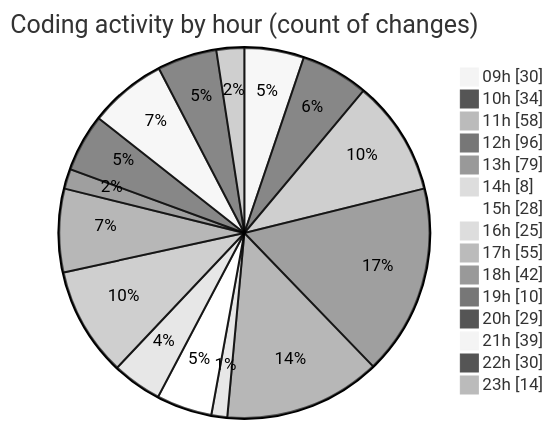
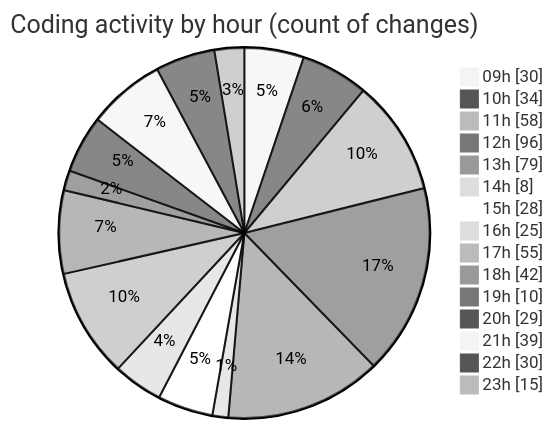
One commit to momahboobian/code-tracking changed the second of 2 diagrams in 2025-04-02/cda/README.md. Above: the diagram before and after it, drawn with Mermaid (neutral theme). The commit also changed other lines of this file and 1 other file, not shown here.

````diff
--- a/2025-04-02/cda/README.md
+++ b/2025-04-02/cda/README.md
@@ -40,19 +40,19 @@
 ```mermaid
 pie showData
 title Coding activity by hour (count of changes)
 "09h" : 30
 "10h" : 34
 "11h" : 58
 "12h" : 96
 "13h" : 79
 "14h" : 8
 "15h" : 28
 "16h" : 25
 "17h" : 55
 "18h" : 42
 "19h" : 10
 "20h" : 29
 "21h" : 39
 "22h" : 30
-"23h" : 14
+"23h" : 15
 ```
````
